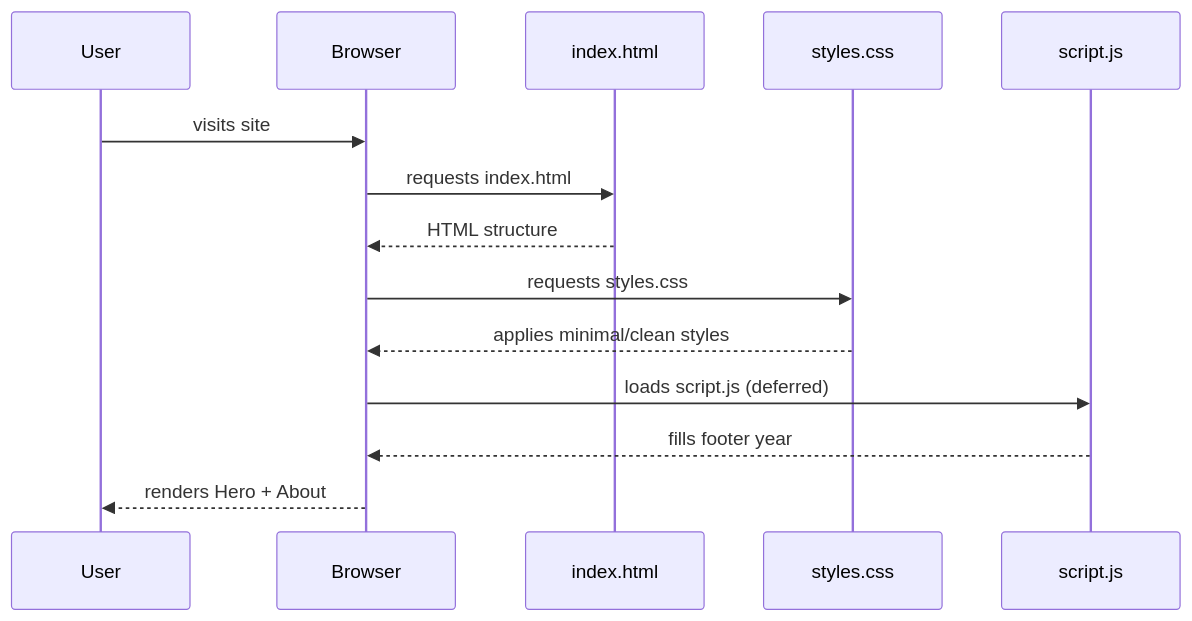
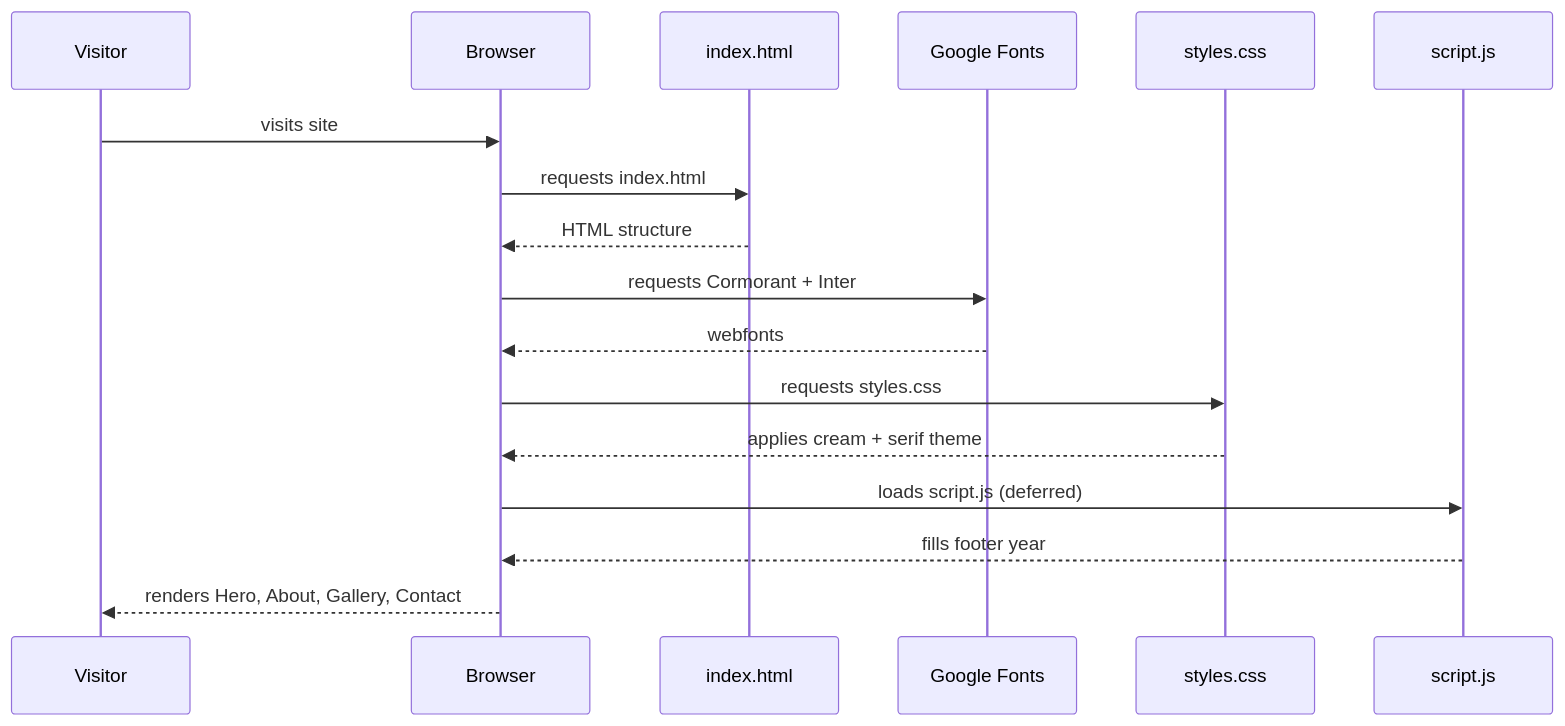
The second of 2 diagrams in README.md (jaylee8111/jay-lee-photography), drawn with Mermaid before and after one commit. The commit also changed other lines of this file and 2 other files, not shown here.

````diff
--- a/README.md
+++ b/README.md
@@ -34,17 +37,20 @@
 ```mermaid
 sequenceDiagram
-    participant U as User
+    participant U as Visitor
     participant B as Browser
     participant H as index.html
+    participant F as Google Fonts
     participant S as styles.css
     participant J as script.js
 
     U->>B: visits site
     B->>H: requests index.html
     H-->>B: HTML structure
+    B->>F: requests Cormorant + Inter
+    F-->>B: webfonts
     B->>S: requests styles.css
-    S-->>B: applies minimal/clean styles
+    S-->>B: applies cream + serif theme
     B->>J: loads script.js (deferred)
     J-->>B: fills footer year
-    B-->>U: renders Hero + About
+    B-->>U: renders Hero, About, Gallery, Contact
 ```
````
